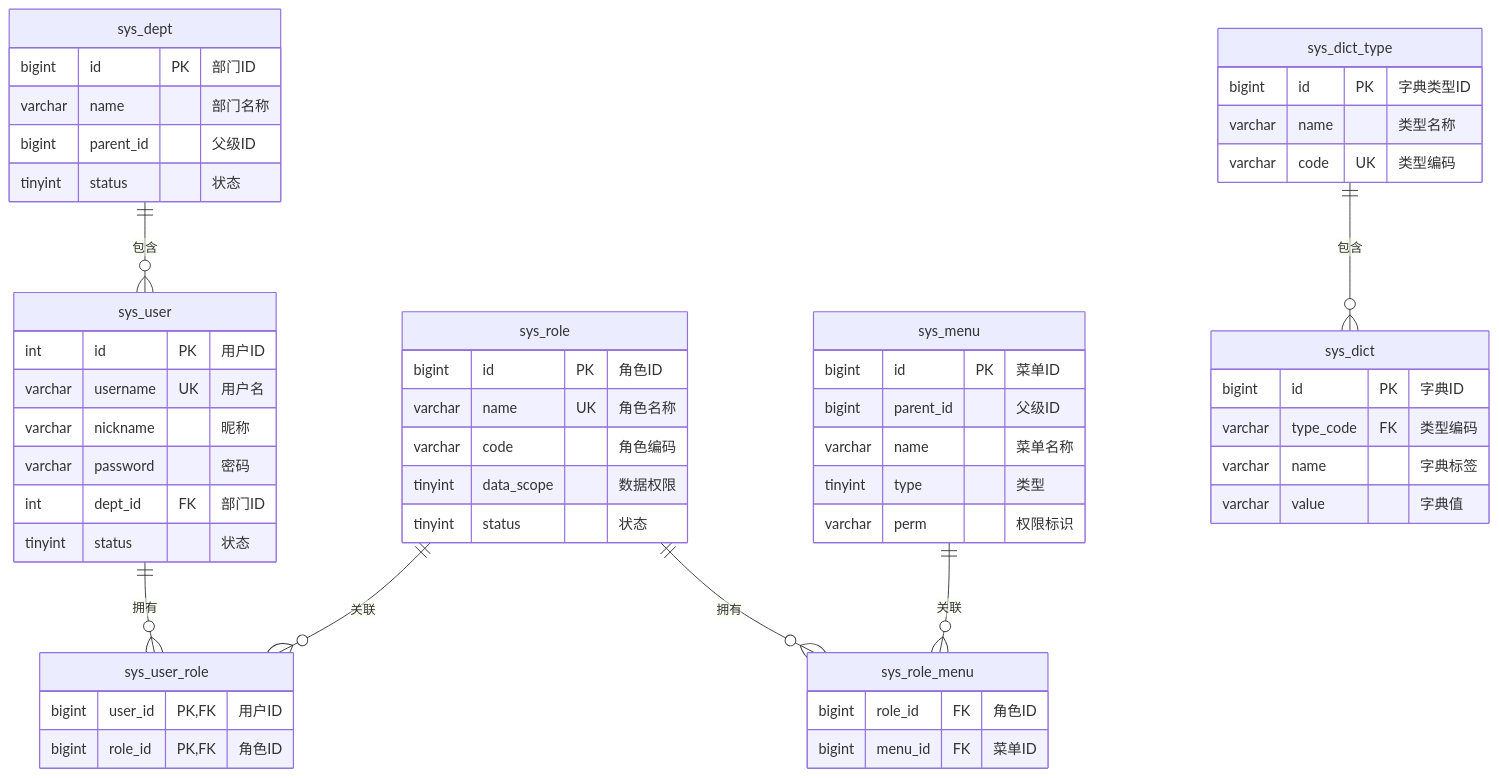
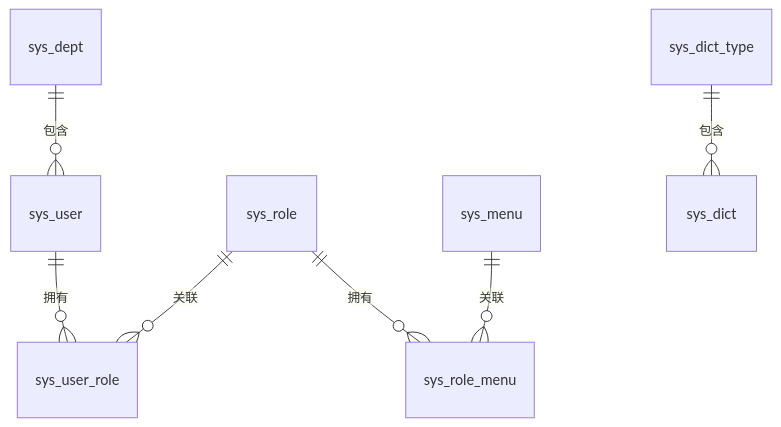
The second of 4 diagrams in dehaze-doc/docs/02-系统架构/03-数据库设计.md (earthy-zinc/dehaze-system), drawn with Mermaid before and after one commit. The commit also changed other lines of this file and 13 other files, not shown here.

````diff
--- a/dehaze-doc/docs/02-系统架构/03-数据库设计.md
+++ b/dehaze-doc/docs/02-系统架构/03-数据库设计.md
@@ -71,64 +85,9 @@
 ```mermaid
 erDiagram
     sys_user ||--o{ sys_user_role : "拥有"
     sys_role ||--o{ sys_user_role : "关联"
     sys_role ||--o{ sys_role_menu : "拥有"
     sys_menu ||--o{ sys_role_menu : "关联"
     sys_dept ||--o{ sys_user : "包含"
     sys_dict_type ||--o{ sys_dict : "包含"
-
-    sys_user {
-        int id PK "用户ID"
-        varchar username UK "用户名"
-        varchar nickname "昵称"
-        varchar password "密码"
-        int dept_id FK "部门ID"
-        tinyint status "状态"
-    }
-
-    sys_role {
-        bigint id PK "角色ID"
-        varchar name UK "角色名称"
-        varchar code "角色编码"
-        tinyint data_scope "数据权限"
-        tinyint status "状态"
-    }
-
-    sys_menu {
-        bigint id PK "菜单ID"
-        bigint parent_id "父级ID"
-        varchar name "菜单名称"
-        tinyint type "类型"
-        varchar perm "权限标识"
-    }
-
-    sys_dept {
-        bigint id PK "部门ID"
-        varchar name "部门名称"
-        bigint parent_id "父级ID"
-        tinyint status "状态"
-    }
-
-    sys_dict_type {
-        bigint id PK "字典类型ID"
-        varchar name "类型名称"
-        varchar code UK "类型编码"
-    }
-
-    sys_dict {
-        bigint id PK "字典ID"
-        varchar type_code FK "类型编码"
-        varchar name "字典标签"
-        varchar value "字典值"
-    }
-
-    sys_user_role {
-        bigint user_id PK,FK "用户ID"
-        bigint role_id PK,FK "角色ID"
-    }
-
-    sys_role_menu {
-        bigint role_id FK "角色ID"
-        bigint menu_id FK "菜单ID"
-    }
 ```
````
